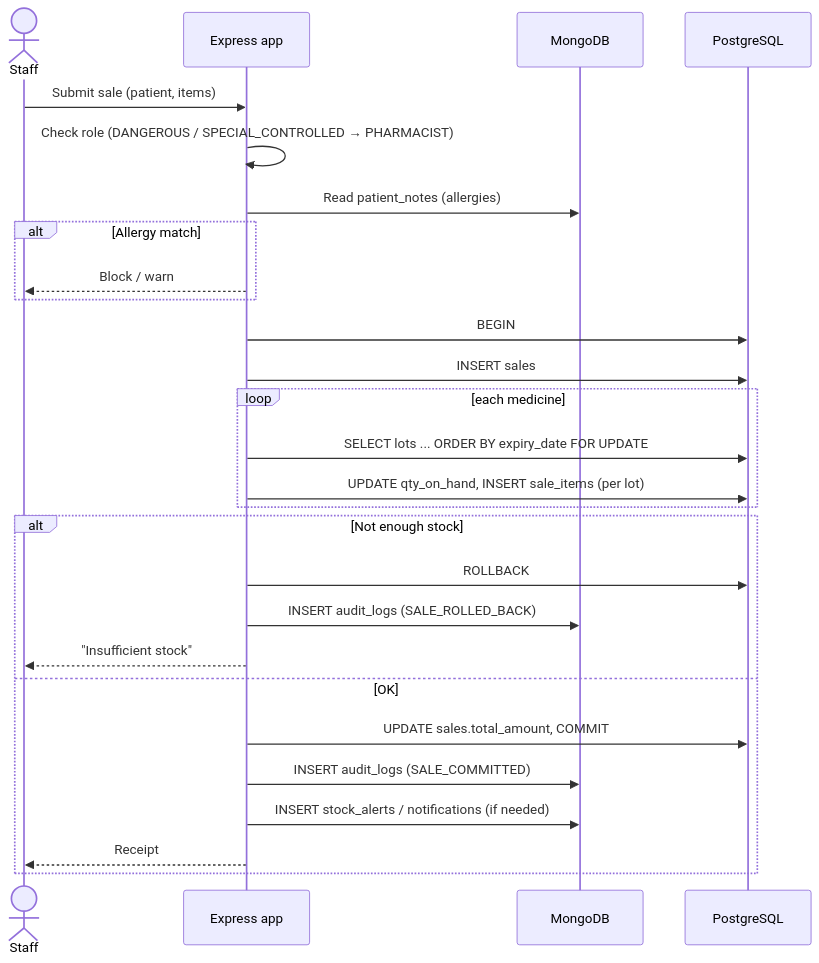
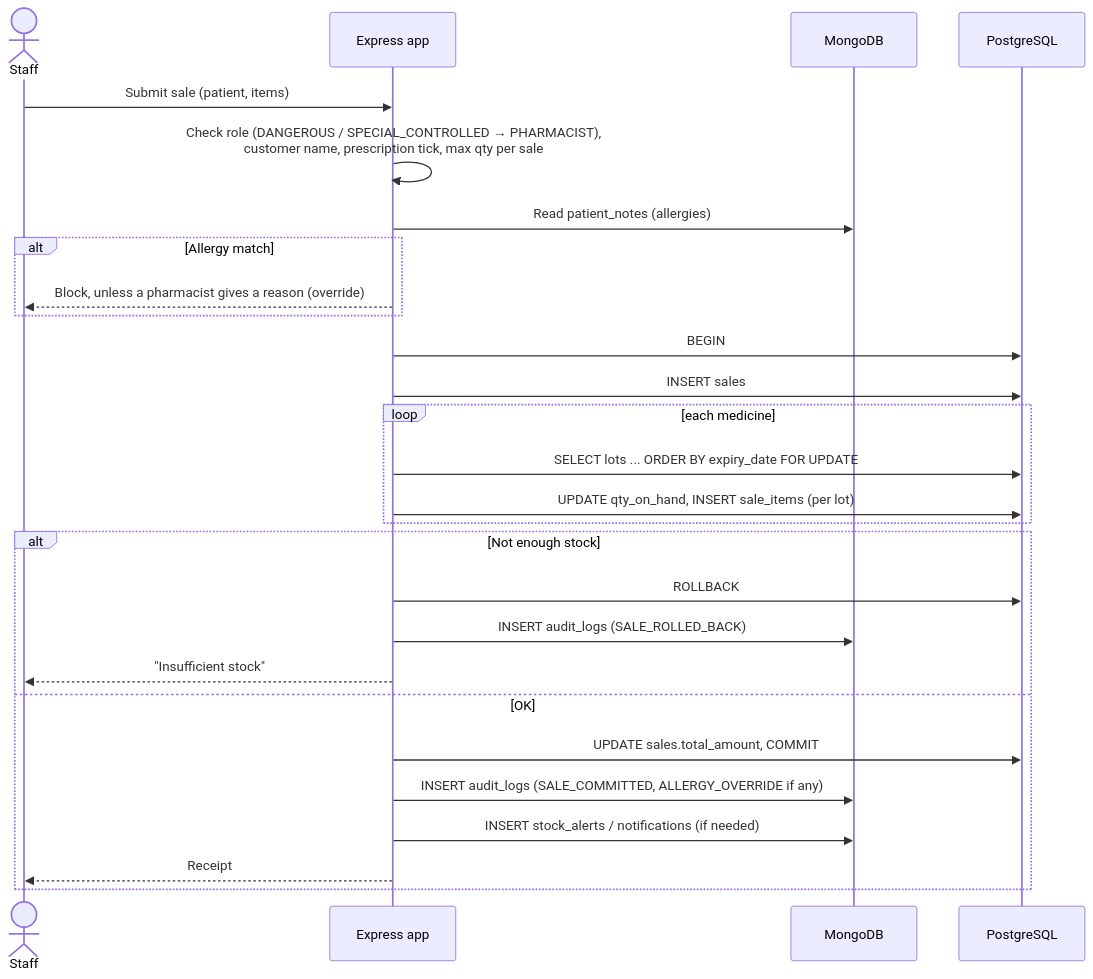
One commit to PiyapongAusawarachan/Pharmacy-Inventory changed the second of 2 diagrams in docs/diagrams/architecture.md. Above: the diagram before and after it, drawn with Mermaid. The commit also changed other lines of this file and 97 other files, not shown here.

````diff
--- a/docs/diagrams/architecture.md
+++ b/docs/diagrams/architecture.md
@@ -33,30 +35,30 @@
 ```mermaid
 sequenceDiagram
     actor Staff
     participant App as Express app
     participant M as MongoDB
     participant P as PostgreSQL
 
     Staff->>App: Submit sale (patient, items)
-    App->>App: Check role (DANGEROUS / SPECIAL_CONTROLLED → PHARMACIST)
+    App->>App: Check role (DANGEROUS / SPECIAL_CONTROLLED → PHARMACIST),<br/>customer name, prescription tick, max qty per sale
     App->>M: Read patient_notes (allergies)
     alt Allergy match
-        App-->>Staff: Block / warn
+        App-->>Staff: Block, unless a pharmacist gives a reason (override)
     end
     App->>P: BEGIN
     App->>P: INSERT sales
     loop each medicine
         App->>P: SELECT lots ... ORDER BY expiry_date FOR UPDATE
         App->>P: UPDATE qty_on_hand, INSERT sale_items (per lot)
     end
     alt Not enough stock
         App->>P: ROLLBACK
         App->>M: INSERT audit_logs (SALE_ROLLED_BACK)
         App-->>Staff: "Insufficient stock"
     else OK
         App->>P: UPDATE sales.total_amount, COMMIT
-        App->>M: INSERT audit_logs (SALE_COMMITTED)
+        App->>M: INSERT audit_logs (SALE_COMMITTED, ALLERGY_OVERRIDE if any)
         App->>M: INSERT stock_alerts / notifications (if needed)
         App-->>Staff: Receipt
     end
 ```
````
